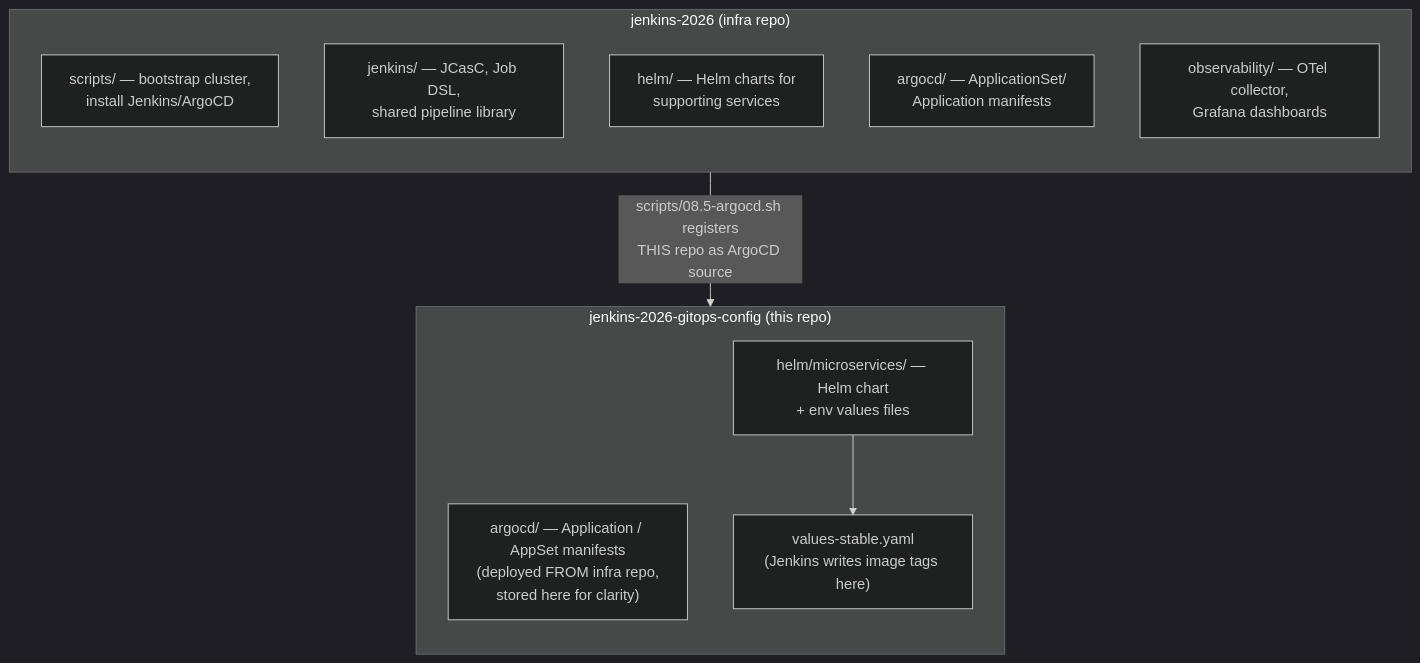
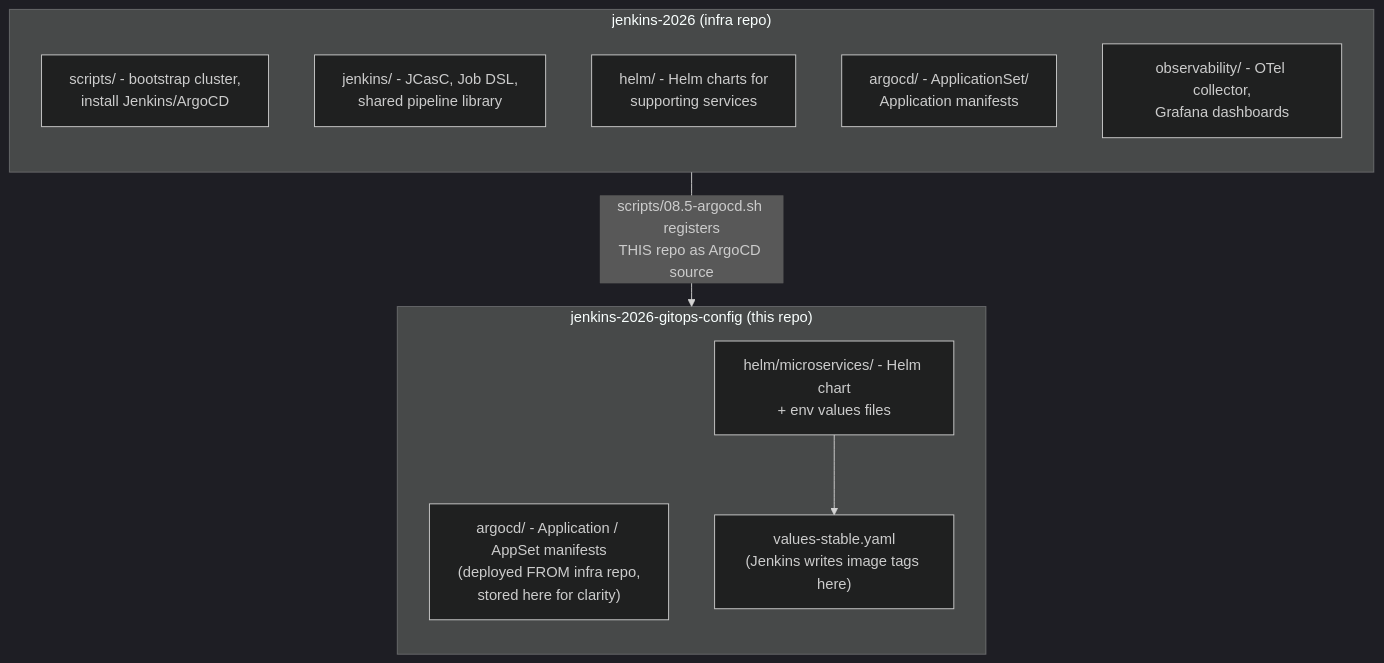
Before and after one commit to nubenetes/jenkins-2026-gitops-config: the first of 2 diagrams in README.md, drawn with Mermaid (dark theme).

Commit message:
docs: replace unicode em-dashes with ASCII hyphens in flowchart

````diff
--- a/README.md
+++ b/README.md
@@ -11,21 +11,21 @@
 ```mermaid
 flowchart TD
     subgraph infra["jenkins-2026 (infra repo)"]
         direction TB
-        i1["scripts/ — bootstrap cluster,<br/>install Jenkins/ArgoCD"]
-        i2["jenkins/ — JCasC, Job DSL,<br/>shared pipeline library"]
-        i3["helm/ — Helm charts for<br/>supporting services"]
-        i4["argocd/ — ApplicationSet/<br/>Application manifests"]
-        i5["observability/ — OTel collector,<br/>Grafana dashboards"]
+        i1["scripts/ - bootstrap cluster,<br/>install Jenkins/ArgoCD"]
+        i2["jenkins/ - JCasC, Job DSL,<br/>shared pipeline library"]
+        i3["helm/ - Helm charts for<br/>supporting services"]
+        i4["argocd/ - ApplicationSet/<br/>Application manifests"]
+        i5["observability/ - OTel collector,<br/>Grafana dashboards"]
     end
 
     subgraph gitops["jenkins-2026-gitops-config (this repo)"]
         direction TB
-        g1["argocd/ — Application / AppSet manifests<br/>(deployed FROM infra repo,<br/>stored here for clarity)"]
-        g2["helm/microservices/ — Helm chart<br/>+ env values files"]
+        g1["argocd/ - Application / AppSet manifests<br/>(deployed FROM infra repo,<br/>stored here for clarity)"]
+        g2["helm/microservices/ - Helm chart<br/>+ env values files"]
         g3["values-stable.yaml<br/>(Jenkins writes image tags here)"]
         g2 --> g3
     end
 
     i1 -->|scripts/08.5-argocd.sh registers<br/>THIS repo as ArgoCD source| g1
 ```
````
